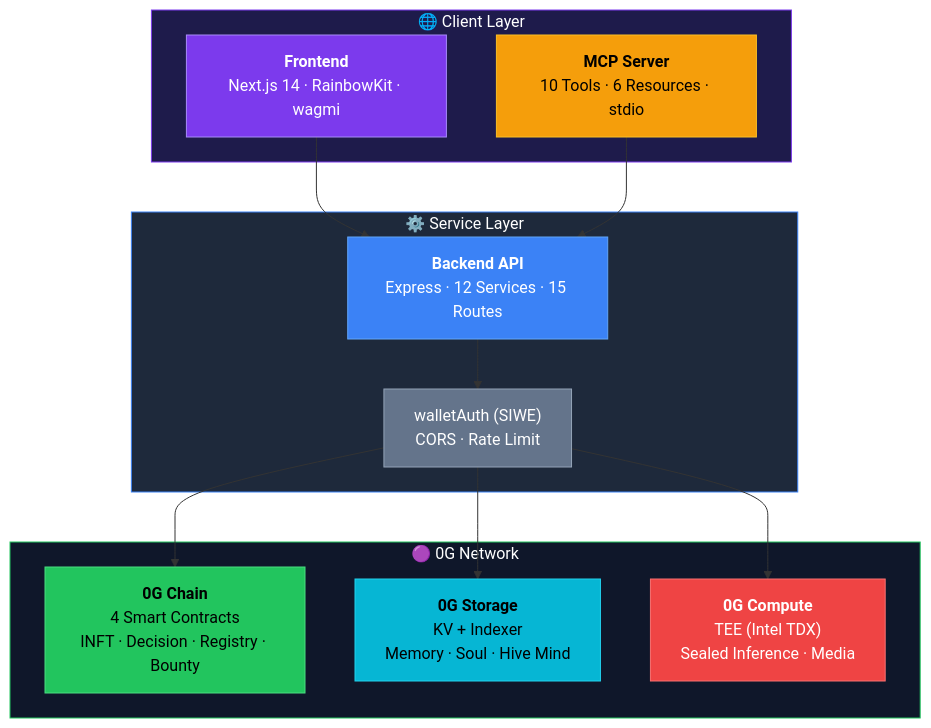
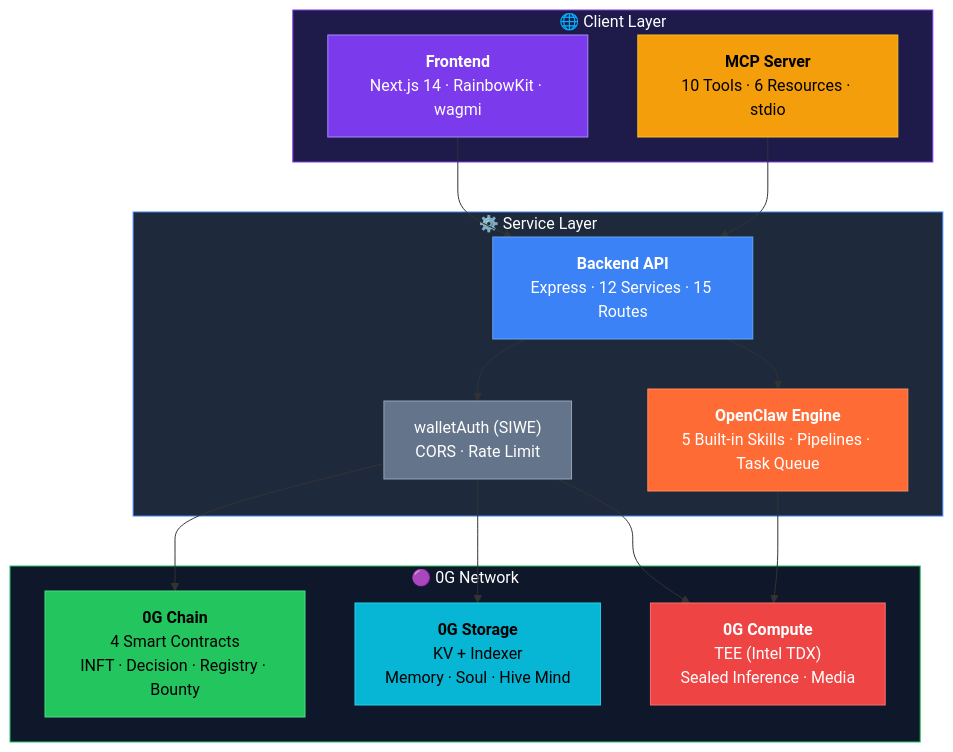
The first of 4 diagrams in README.md (henrymartin262/AIsphere), drawn with Mermaid before and after one commit. The commit also changed other lines of this file, not shown here.

First line of the commit message:
docs: add large logo badge + prominent OpenClaw integration section

````diff
--- a/README.md
+++ b/README.md
@@ -57,36 +69,40 @@
 ```mermaid
 graph TB
     subgraph Client["🌐 Client Layer"]
         FE["<b>Frontend</b><br/>Next.js 14 · RainbowKit · wagmi"]
         MCP["<b>MCP Server</b><br/>10 Tools · 6 Resources · stdio"]
     end
 
     subgraph Service["⚙️ Service Layer"]
         BE["<b>Backend API</b><br/>Express · 12 Services · 15 Routes"]
         AUTH["walletAuth (SIWE)<br/>CORS · Rate Limit"]
+        OC["<b>OpenClaw Engine</b><br/>5 Built-in Skills · Pipelines · Task Queue"]
     end
 
     subgraph ZeroG["🟣 0G Network"]
         CHAIN["<b>0G Chain</b><br/>4 Smart Contracts<br/>INFT · Decision · Registry · Bounty"]
         STORAGE["<b>0G Storage</b><br/>KV + Indexer<br/>Memory · Soul · Hive Mind"]
         COMPUTE["<b>0G Compute</b><br/>TEE (Intel TDX)<br/>Sealed Inference · Media"]
     end
 
     FE --> BE
     MCP --> BE
     BE --> AUTH
+    BE --> OC
     AUTH --> CHAIN
     AUTH --> STORAGE
     AUTH --> COMPUTE
+    OC --> COMPUTE
 
     style Client fill:#1e1b4b,stroke:#7c3aed,color:#fff
     style Service fill:#1e293b,stroke:#3b82f6,color:#fff
     style ZeroG fill:#0f172a,stroke:#22c55e,color:#fff
     style FE fill:#7c3aed,stroke:#a78bfa,color:#fff
     style MCP fill:#f59e0b,stroke:#fbbf24,color:#000
     style BE fill:#3b82f6,stroke:#60a5fa,color:#fff
     style AUTH fill:#64748b,stroke:#94a3b8,color:#fff
+    style OC fill:#ff6b35,stroke:#ff8c5a,color:#fff
     style CHAIN fill:#22c55e,stroke:#4ade80,color:#000
     style STORAGE fill:#06b6d4,stroke:#22d3ee,color:#000
     style COMPUTE fill:#ef4444,stroke:#f87171,color:#fff
 ```
````
